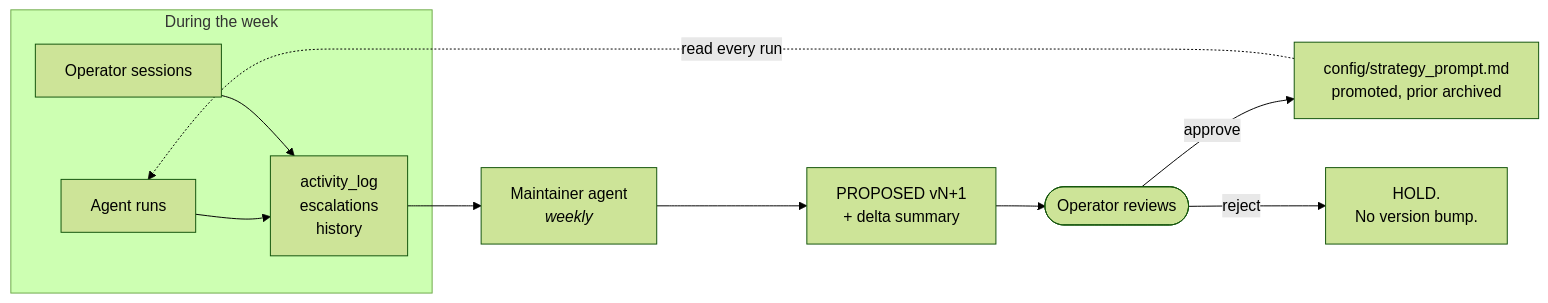
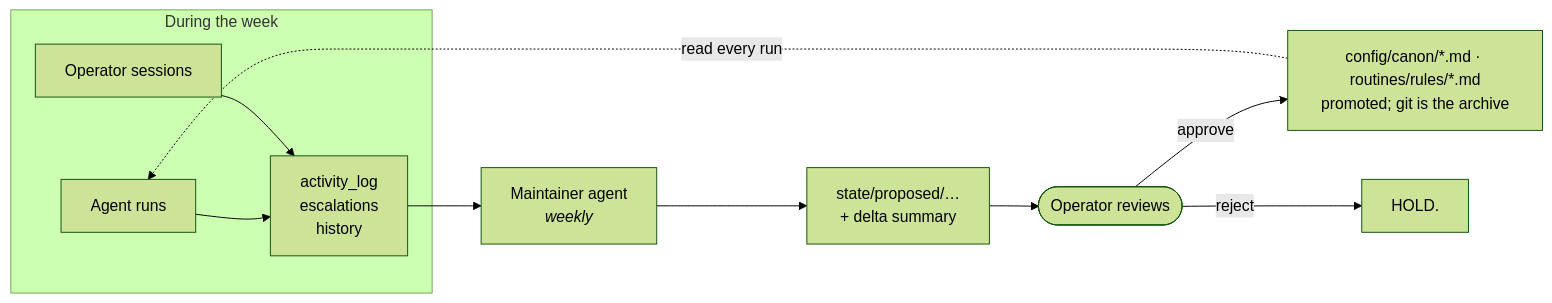
The third of 3 diagrams in README.md (chumachukwujr/agentic-ops-template), drawn with Mermaid (forest theme) before and after one commit. The commit also changed other lines of this file and 26 other files, not shown here.

````diff
--- a/README.md
+++ b/README.md
@@ -242,13 +249,13 @@
 ```mermaid
 flowchart LR
     subgraph W["During the week"]
         RUNS["Agent runs"] --> LOG["activity_log<br/>escalations<br/>history"]
         SESS["Operator sessions"] --> LOG
     end
     LOG --> M["Maintainer agent<br/><i>weekly</i>"]
-    M --> PROP["PROPOSED vN+1<br/>+ delta summary"]
+    M --> PROP["state/proposed/…<br/>+ delta summary"]
     PROP --> REV(["Operator reviews"])
-    REV -->|approve| CANON["config/strategy_prompt.md<br/>promoted, prior archived"]
-    REV -->|reject| HOLD["HOLD.<br/>No version bump."]
+    REV -->|approve| CANON["config/canon/*.md · routines/rules/*.md<br/>promoted; git is the archive"]
+    REV -->|reject| HOLD["HOLD."]
     CANON -.->|read every run| RUNS
 ```
````
